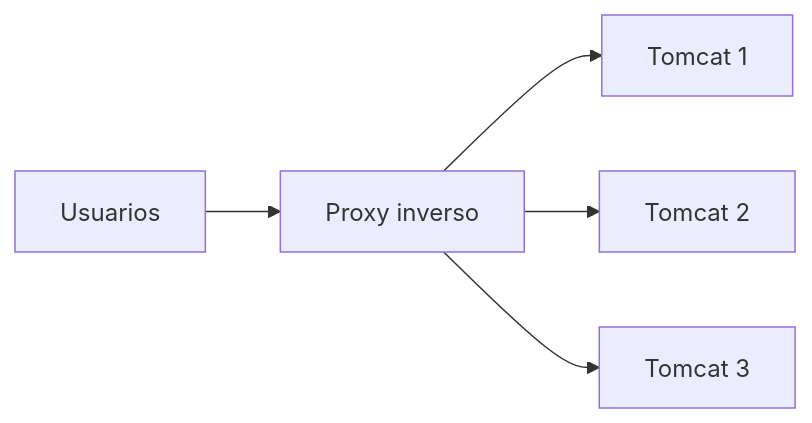
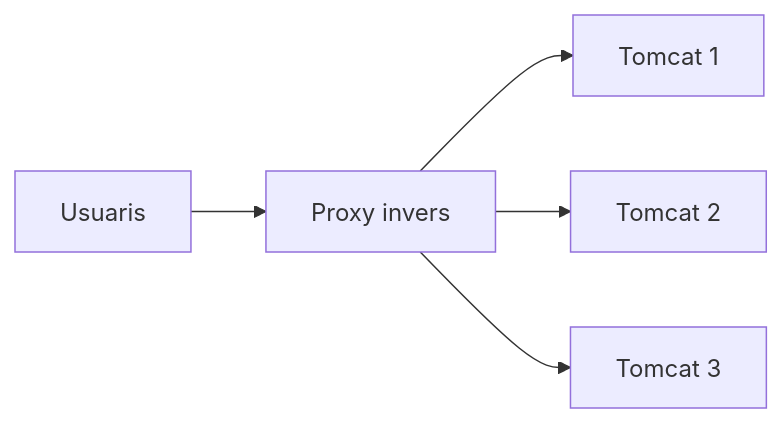
Before and after one commit to jordicido/jordicina: the fourth of 8 diagrams in docs/daw-daw/up3/03-cooperacion-apache-tomcat.md, drawn with Mermaid. The commit also changed other lines of this file and 10 other files, not shown here.

````diff
--- a/docs/daw-daw/up3/03-cooperacion-apache-tomcat.md
+++ b/docs/daw-daw/up3/03-cooperacion-apache-tomcat.md
@@ -190,7 +190,7 @@
 ```mermaid
 flowchart LR
-    U["Usuarios"] --> P["Proxy inverso"]
+    U["Usuaris"] --> P["Proxy invers"]
     P --> T1["Tomcat 1"]
     P --> T2["Tomcat 2"]
     P --> T3["Tomcat 3"]
 ```
````
